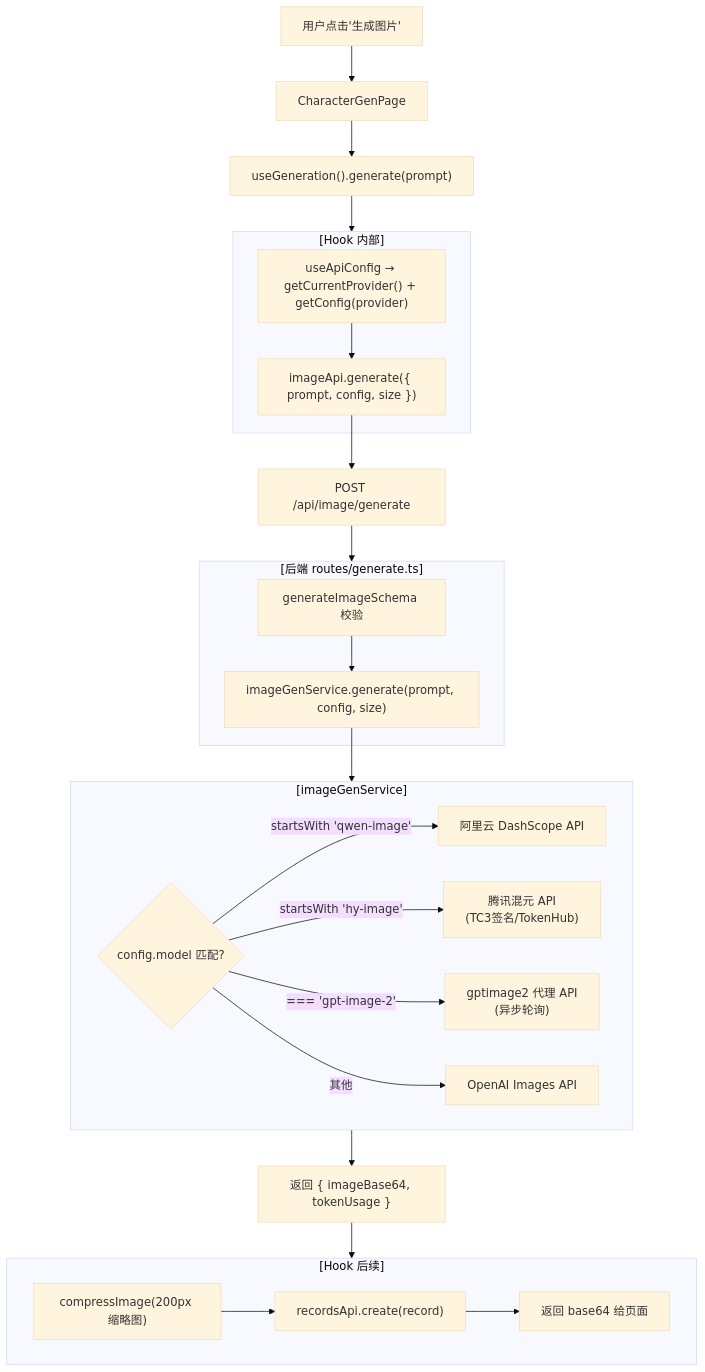
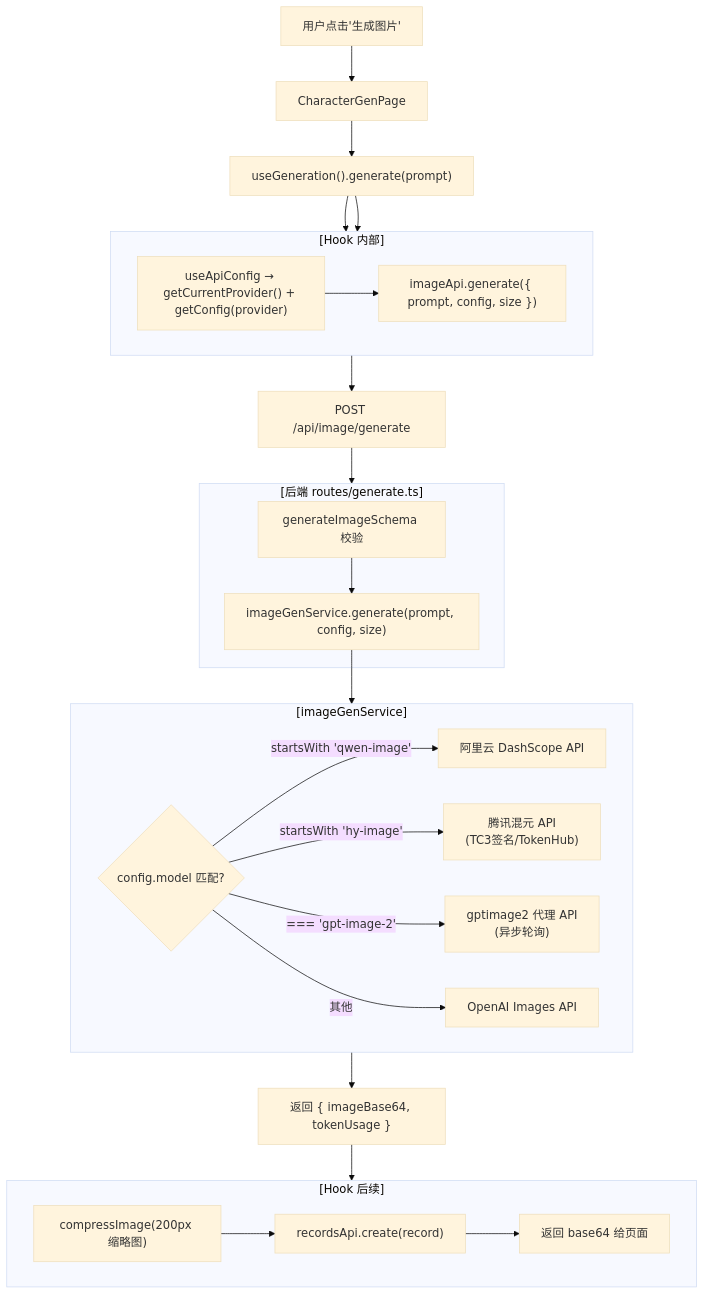
Before and after one commit to LavaTap/Lightbulb-AI: the sixth of 10 diagrams in DEVELOPER.md, drawn with Mermaid (base theme). The commit also changed other lines of this file and 4 other files, not shown here.

````diff
--- a/DEVELOPER.md
+++ b/DEVELOPER.md
@@ -750,42 +760,45 @@
 ```mermaid
 flowchart TD
     A["用户点击'生成图片'"] --> B["CharacterGenPage"]
     B --> C["useGeneration().generate(prompt)"]
     
     subgraph Hook["[Hook 内部]"]
         D["useApiConfig → getCurrentProvider() + getConfig(provider)"]
         E["imageApi.generate({ prompt, config, size })"]
         D --> E
     end
     
     C --> Hook
-    E --> F["POST /api/image/generate"]
+    
+    C --> Hook["[Hook 内部]"]
+    Hook --> F["POST /api/image/generate"]
     
     subgraph Backend["[后端 routes/generate.ts]"]
         G["generateImageSchema 校验"]
         H["imageGenService.generate(prompt, config, size)"]
         G --> H
     end
     
     F --> Backend
     
     subgraph Service["[imageGenService]"]
         I{"config.model 匹配?"}
         I -->|"startsWith 'qwen-image'"| J["阿里云 DashScope API"]
         I -->|"startsWith 'hy-image'"| K["腾讯混元 API<br/>(TC3签名/TokenHub)"]
         I -->|"=== 'gpt-image-2'"| L["gptimage2 代理 API<br/>(异步轮询)"]
         I -->|"其他"| M["OpenAI Images API"]
     end
     
     H --> Service
+    
     Service --> N["返回 { imageBase64, tokenUsage }"]
     
     subgraph Hook2["[Hook 后续]"]
         O["compressImage(200px 缩略图)"]
         P["recordsApi.create(record)"]
         Q["返回 base64 给页面"]
         O --> P --> Q
     end
     
     N --> Hook2
 ```
````
